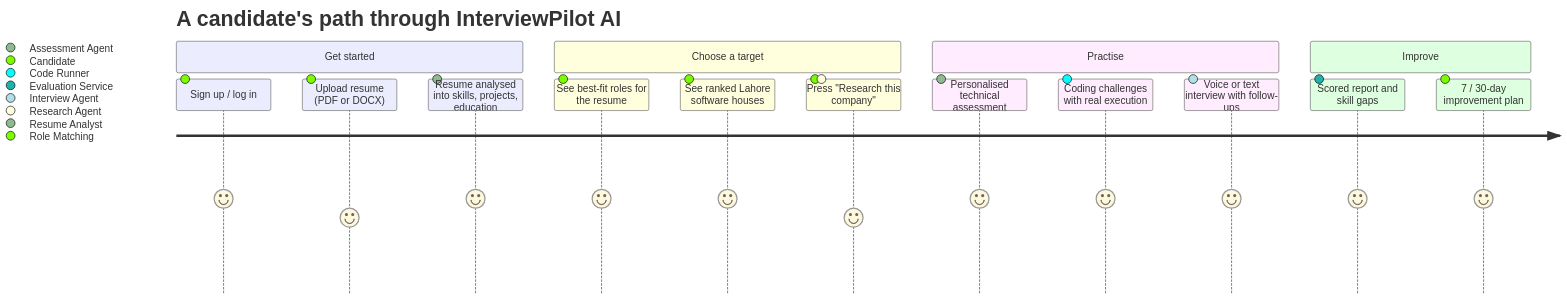
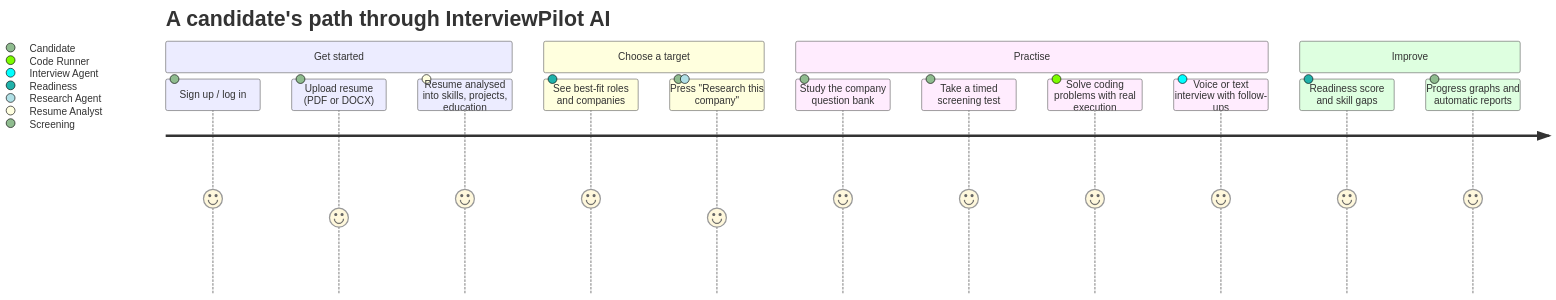
Before and after one commit to saifullah857/interviewpilot-ai: the first of 3 diagrams in README.md, drawn with Mermaid. The commit also changed other lines of this file, not shown here.

````diff
--- a/README.md
+++ b/README.md
@@ -82,19 +90,19 @@
 ```mermaid
 journey
     title A candidate's path through InterviewPilot AI
     section Get started
       Sign up / log in: 5: Candidate
       Upload resume (PDF or DOCX): 4: Candidate
       Resume analysed into skills, projects, education: 5: Resume Analyst
     section Choose a target
-      See best-fit roles for the resume: 5: Role Matching
-      See ranked Lahore software houses: 5: Role Matching
+      See best-fit roles and companies: 5: Readiness
       Press "Research this company": 4: Candidate, Research Agent
     section Practise
-      Personalised technical assessment: 5: Assessment Agent
-      Coding challenges with real execution: 5: Code Runner
+      Study the company question bank: 5: Candidate
+      Take a timed screening test: 5: Screening
+      Solve coding problems with real execution: 5: Code Runner
       Voice or text interview with follow-ups: 5: Interview Agent
     section Improve
-      Scored report and skill gaps: 5: Evaluation Service
-      7 / 30-day improvement plan: 5: Candidate
+      Readiness score and skill gaps: 5: Readiness
+      Progress graphs and automatic reports: 5: Candidate
 ```
````
